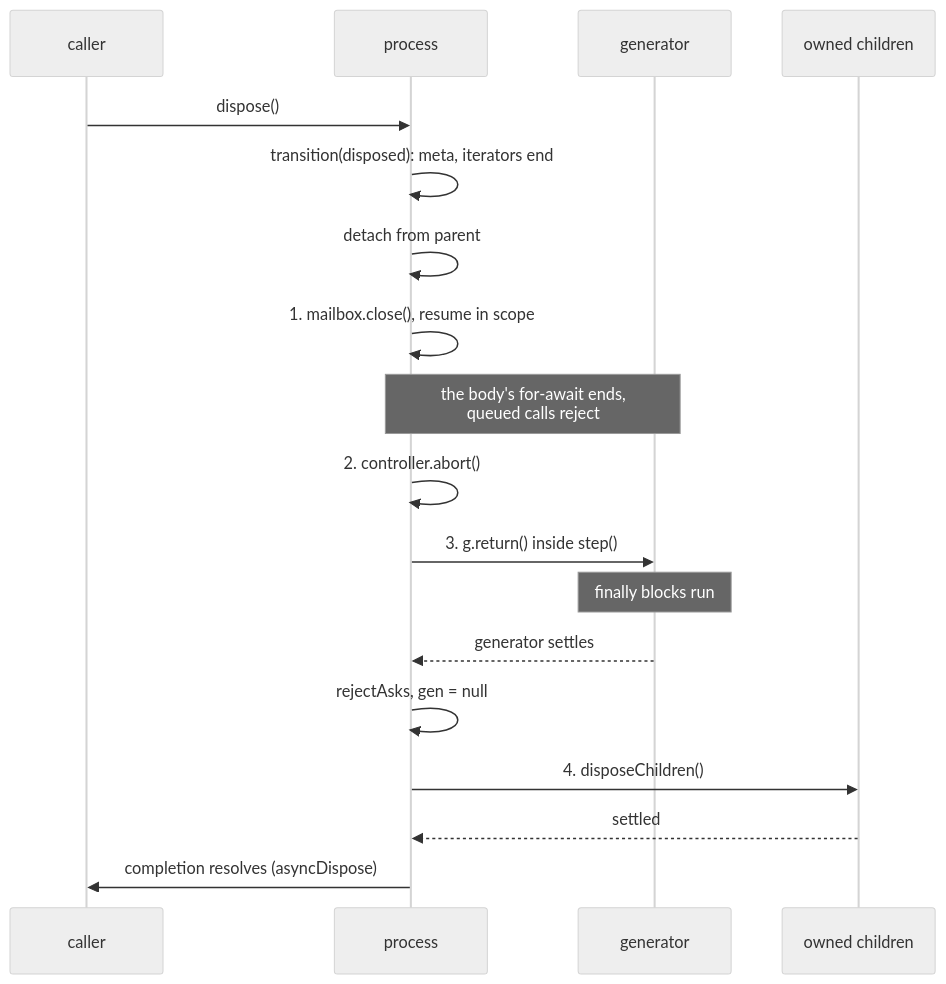
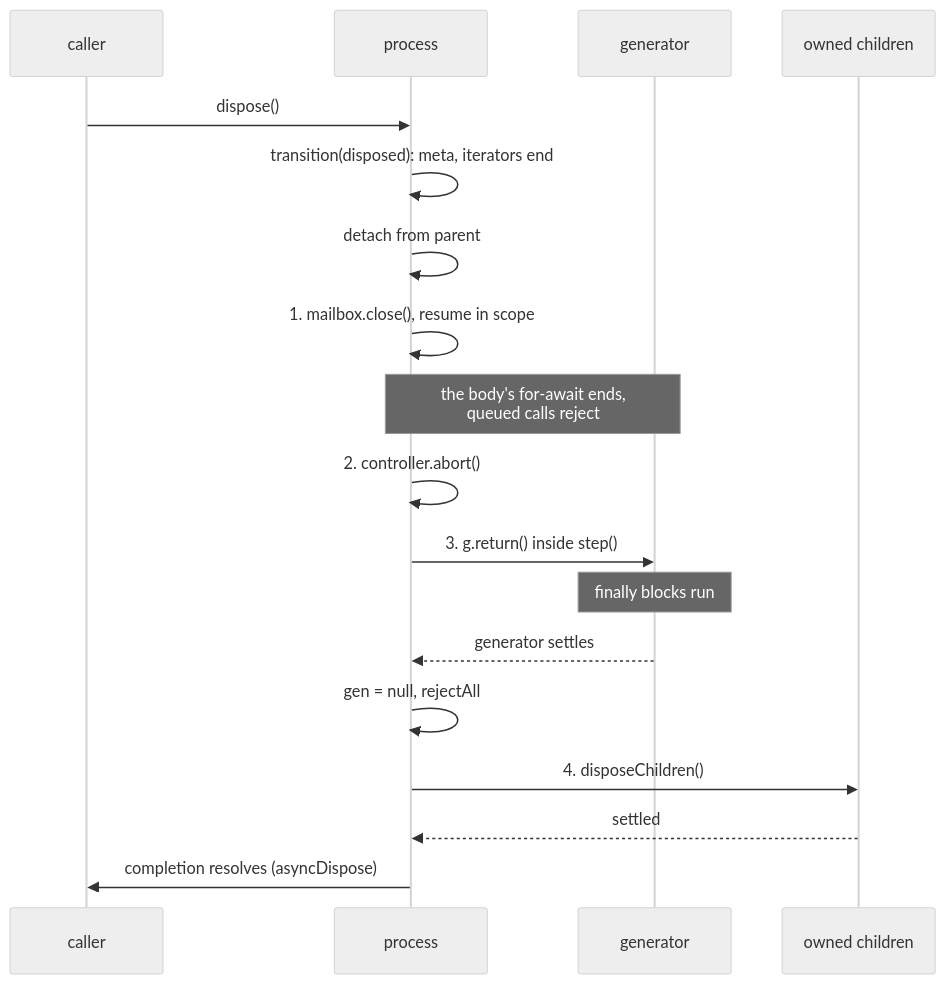
The third of 3 diagrams in docs/internals/process.md (twfarland/nonchalant), drawn with Mermaid (neutral theme) before and after one commit. The commit also changed other lines of this file and 2 other files, not shown here.

````diff
--- a/docs/internals/process.md
+++ b/docs/internals/process.md
@@ -189,21 +209,21 @@
 ```mermaid
 sequenceDiagram
     participant U as caller
     participant P as process
     participant G as generator
     participant C as owned children
 
     U->>P: dispose()
     P->>P: transition(disposed): meta, iterators end
     P->>P: detach from parent
     P->>P: 1. mailbox.close(), resume in scope
     Note over P,G: the body's for-await ends,<br/>queued calls reject
     P->>P: 2. controller.abort()
     P->>G: 3. g.return() inside step()
     Note over G: finally blocks run
     G-->>P: generator settles
-    P->>P: rejectAsks, gen = null
+    P->>P: gen = null, rejectAll
     P->>C: 4. disposeChildren()
     C-->>P: settled
     P->>U: completion resolves (asyncDispose)
 ```
````
